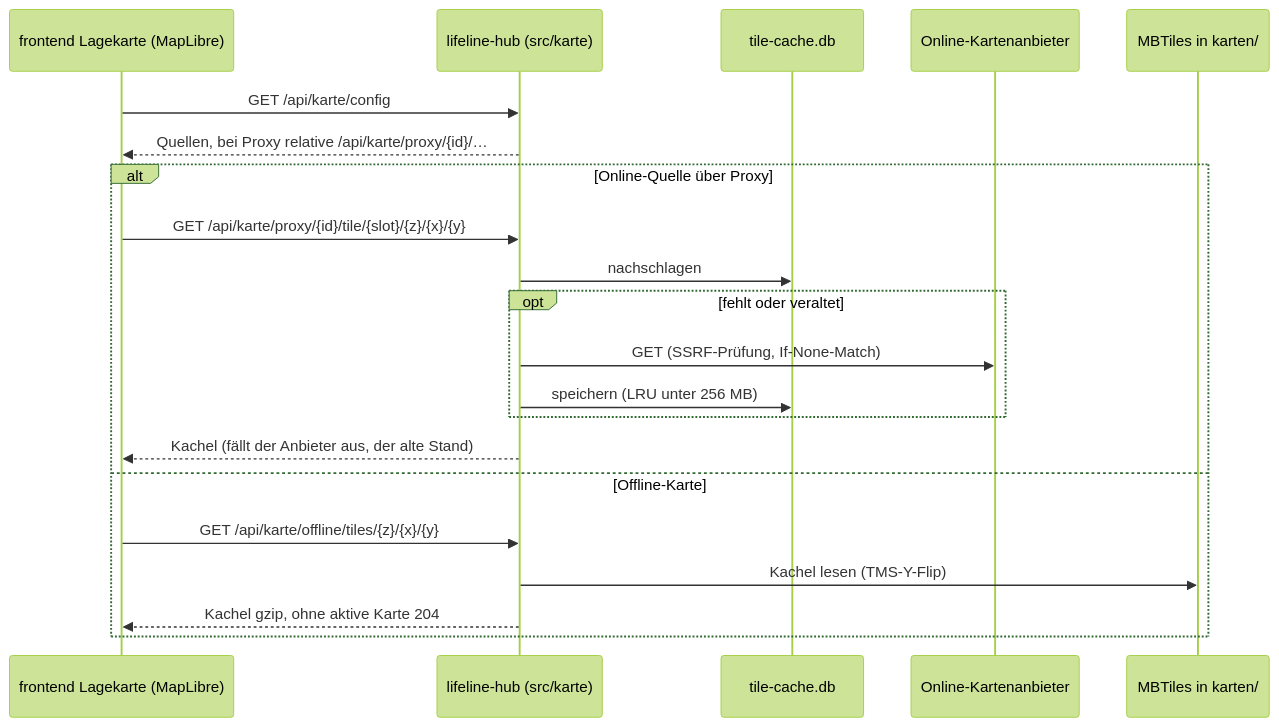
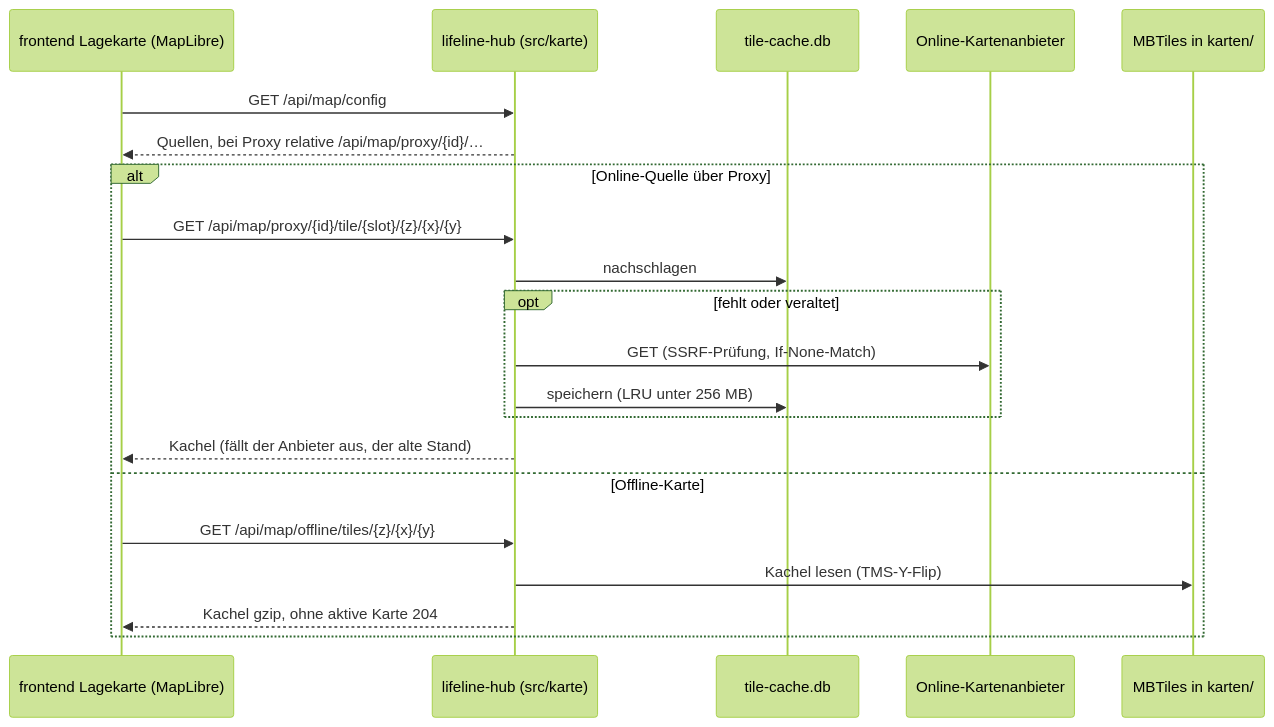
Before and after one commit to rubenvitt/lifeline-hub: diagram 16 of 19 in docs/architektur/06-laufzeitsicht.md, drawn with Mermaid (forest theme). The commit also changed other lines of this file and 69 other files, not shown here.

First line of the commit message:
refactor(karte): API-Routen der Karte englisch (/api/karte → /api/map)

````diff
--- a/docs/architektur/06-laufzeitsicht.md
+++ b/docs/architektur/06-laufzeitsicht.md
@@ -663,23 +663,23 @@
 ```mermaid
 sequenceDiagram
   participant ML as frontend Lagekarte (MapLibre)
   participant BE as lifeline-hub (src/karte)
   participant TC as tile-cache.db
   participant Up as Online-Kartenanbieter
   participant MB as MBTiles in karten/
-  ML->>BE: GET /api/karte/config
-  BE-->>ML: Quellen, bei Proxy relative /api/karte/proxy/{id}/…
+  ML->>BE: GET /api/map/config
+  BE-->>ML: Quellen, bei Proxy relative /api/map/proxy/{id}/…
   alt Online-Quelle über Proxy
-    ML->>BE: GET /api/karte/proxy/{id}/tile/{slot}/{z}/{x}/{y}
+    ML->>BE: GET /api/map/proxy/{id}/tile/{slot}/{z}/{x}/{y}
     BE->>TC: nachschlagen
     opt fehlt oder veraltet
       BE->>Up: GET (SSRF-Prüfung, If-None-Match)
       BE->>TC: speichern (LRU unter 256 MB)
     end
     BE-->>ML: Kachel (fällt der Anbieter aus, der alte Stand)
   else Offline-Karte
-    ML->>BE: GET /api/karte/offline/tiles/{z}/{x}/{y}
+    ML->>BE: GET /api/map/offline/tiles/{z}/{x}/{y}
     BE->>MB: Kachel lesen (TMS-Y-Flip)
     BE-->>ML: Kachel gzip, ohne aktive Karte 204
   end
 ```
````
